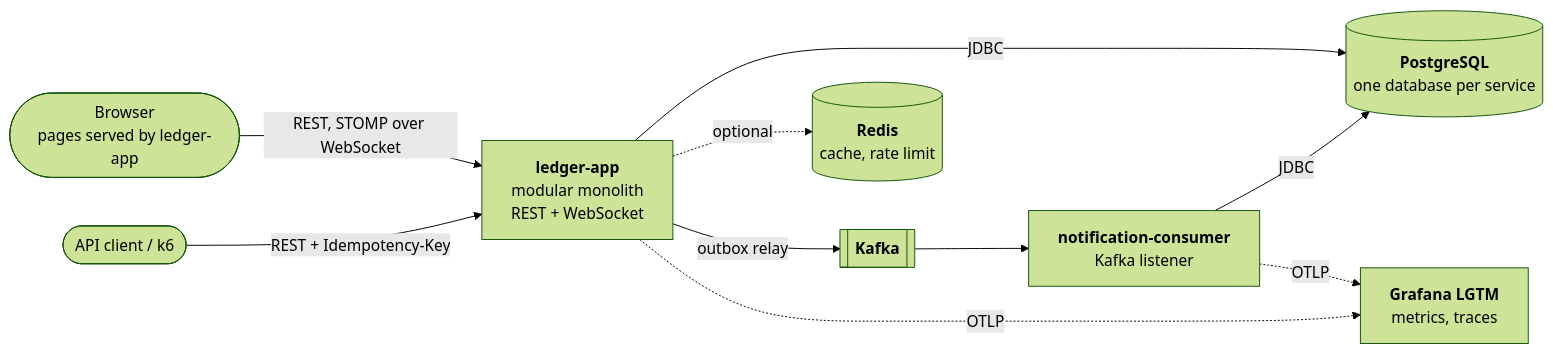
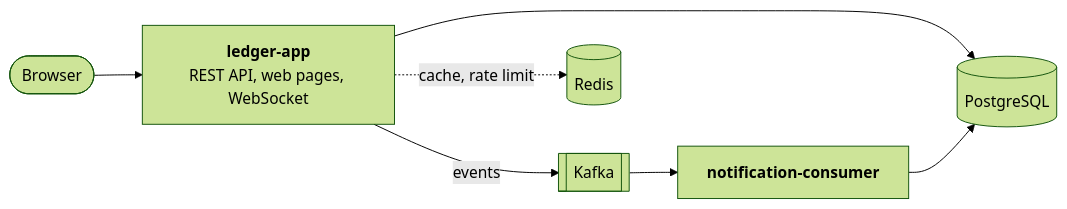
The first of 2 diagrams in README.md (HoangThanhMan/ledgerly), drawn with Mermaid (forest theme) before and after one commit. The commit also changed other lines of this file, not shown here.

````diff
--- a/README.md
+++ b/README.md
@@ -82,21 +48,16 @@
 ```mermaid
 flowchart LR
-    browser(["Browser<br/>pages served by ledger-app"])
-    client(["API client / k6"])
-    app["<b>ledger-app</b><br/>modular monolith<br/>REST + WebSocket"]
-    consumer["<b>notification-consumer</b><br/>Kafka listener"]
-    pg[("<b>PostgreSQL</b><br/>one database per service")]
-    kafka[["<b>Kafka</b>"]]
-    redis[("<b>Redis</b><br/>cache, rate limit")]
-    lgtm["<b>Grafana LGTM</b><br/>metrics, traces"]
+    browser(["Browser"])
+    app["<b>ledger-app</b><br/>REST API, web pages, WebSocket"]
+    consumer["<b>notification-consumer</b>"]
+    pg[("PostgreSQL")]
+    kafka[["Kafka"]]
+    redis[("Redis")]
 
-    browser -->|"REST, STOMP over WebSocket"| app
-    client -->|"REST + Idempotency-Key"| app
-    app -->|JDBC| pg
-    app -.->|optional| redis
-    app -->|"outbox relay"| kafka
+    browser --> app
+    app --> pg
+    app -.->|"cache, rate limit"| redis
+    app -->|events| kafka
     kafka --> consumer
-    consumer -->|JDBC| pg
-    app -.->|OTLP| lgtm
-    consumer -.->|OTLP| lgtm
+    consumer --> pg
 ```
````
